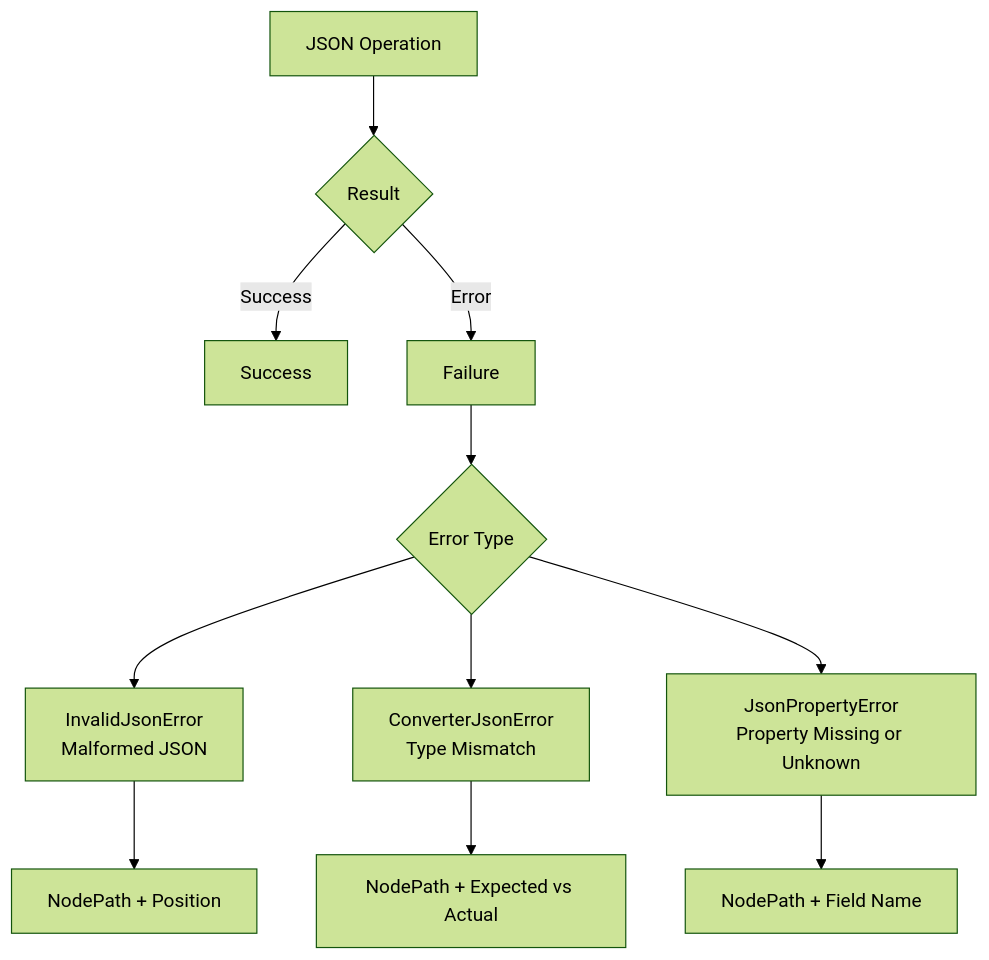
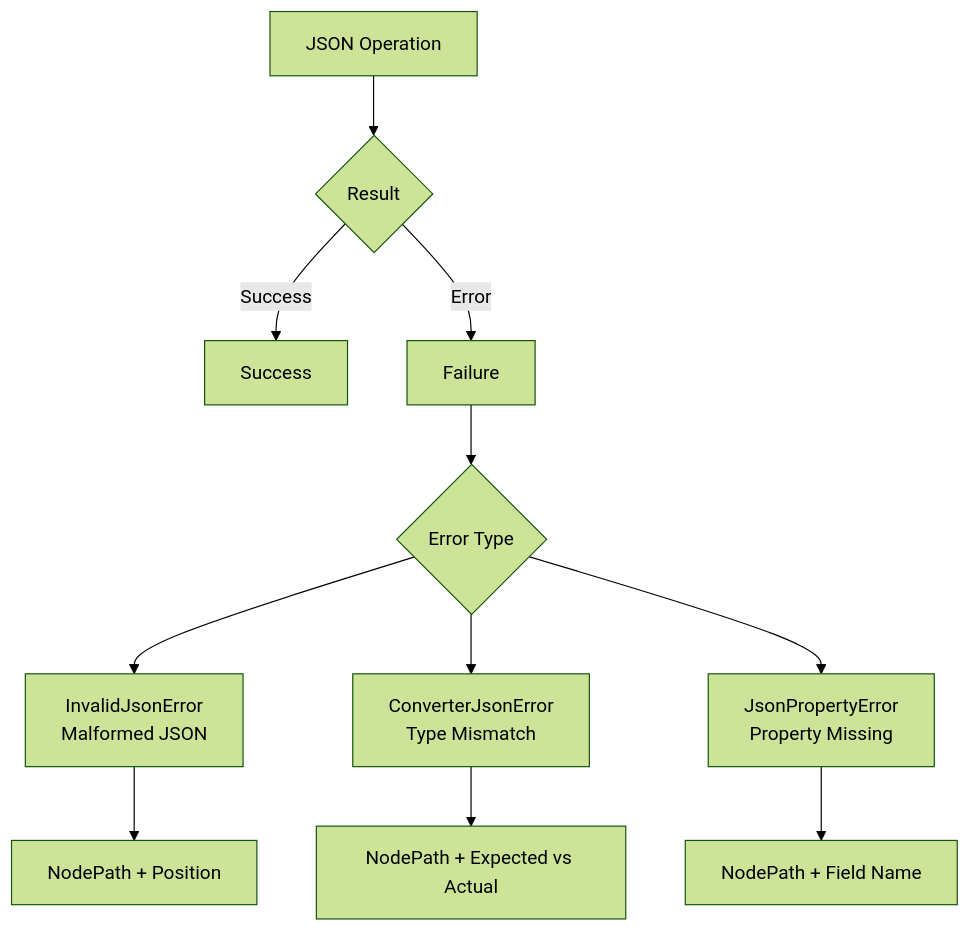
One commit to uberto/kondor-json changed the third of 3 diagrams in docs/kondor-core.md. Above: the diagram before and after it, drawn with Mermaid (forest theme). The commit also changed 12 other files, not shown here.

````diff
--- a/docs/kondor-core.md
+++ b/docs/kondor-core.md
@@ -124,13 +124,13 @@
 ```mermaid
 graph TD
     A[JSON Operation] --> B{Result}
     B -->|Success| C[Success<T>]
     B -->|Error| D[Failure<JsonError>]
     D --> E{Error Type}
     E --> F[InvalidJsonError<br/>Malformed JSON]
     E --> G[ConverterJsonError<br/>Type Mismatch]
-    E --> H[JsonPropertyError<br/>Property Missing or Unknown]
+    E --> H[JsonPropertyError<br/>Property Missing]
     F --> I[NodePath + Position]
     G --> J[NodePath + Expected vs Actual]
     H --> K[NodePath + Field Name]
 ```
````
